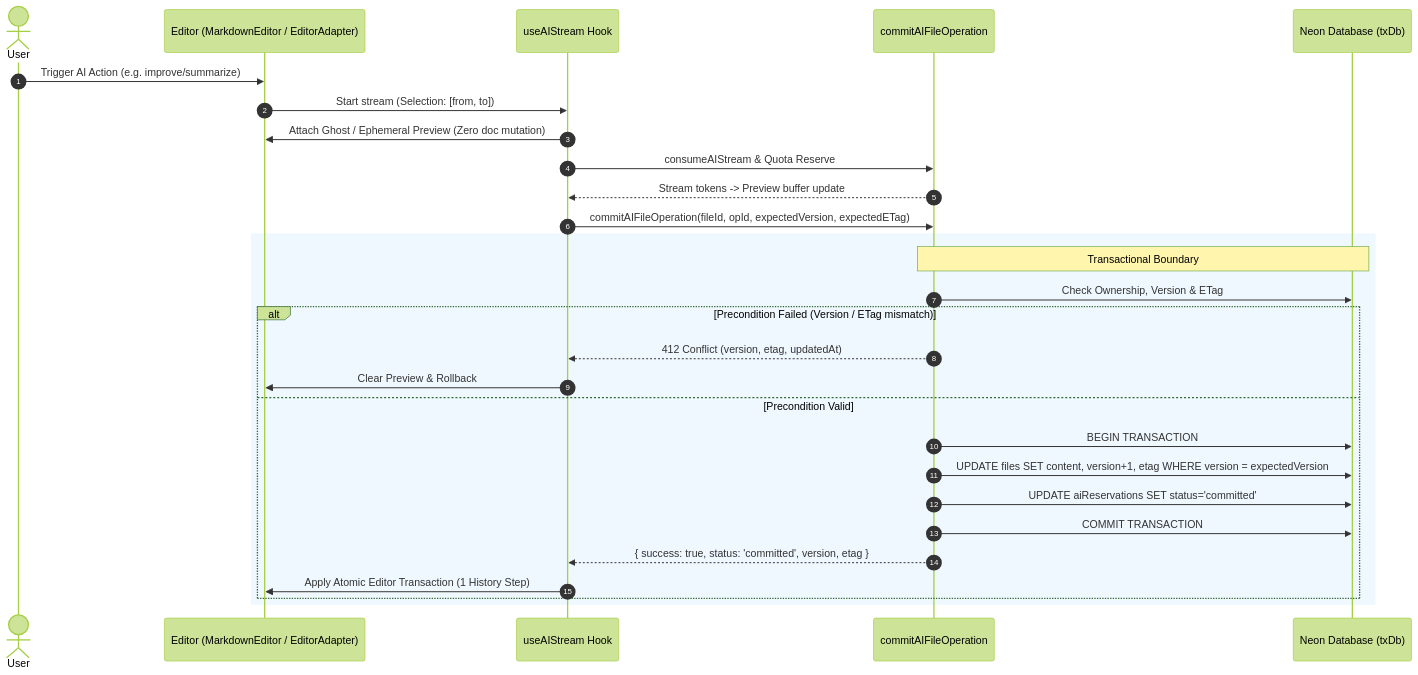
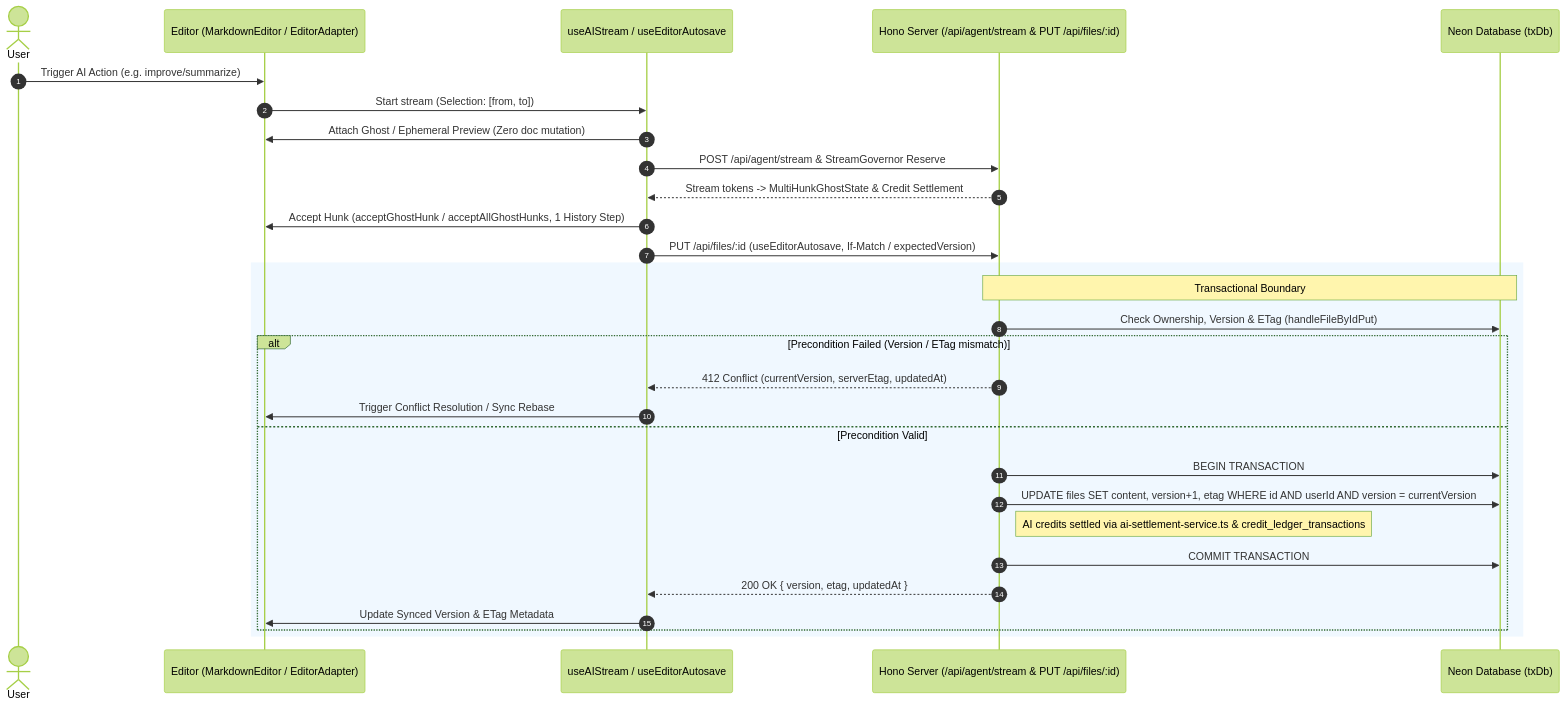
One commit to Abdullah931-stack/ELIXENT changed the diagram in docs/architecture/ai/ai-atomic-commit-architecture.md. Above: the diagram before and after it, drawn with Mermaid (forest theme). The commit also changed other lines of this file and 23 other files, not shown here.

Commit message:
docs(architecture): align living specs, subsystem docs, guides, and debt register to Vite 6 & Hono

````diff
--- a/docs/architecture/ai/ai-atomic-commit-architecture.md
+++ b/docs/architecture/ai/ai-atomic-commit-architecture.md
@@ -62,32 +62,33 @@
 ```mermaid
 sequenceDiagram
     autonumber
     actor User
     participant Editor as Editor (MarkdownEditor / EditorAdapter)
-    participant Hook as useAIStream Hook
-    participant Server as commitAIFileOperation
+    participant Hook as useAIStream / useEditorAutosave
+    participant Server as Hono Server (/api/agent/stream & PUT /api/files/:id)
     participant DB as Neon Database (txDb)
 
     User->>Editor: Trigger AI Action (e.g. improve/summarize)
     Editor->>Hook: Start stream (Selection: [from, to])
     Hook->>Editor: Attach Ghost / Ephemeral Preview (Zero doc mutation)
-    Hook->>Server: consumeAIStream & Quota Reserve
-    Server-->>Hook: Stream tokens -> Preview buffer update
-    Hook->>Server: commitAIFileOperation(fileId, opId, expectedVersion, expectedETag)
+    Hook->>Server: POST /api/agent/stream & StreamGovernor Reserve
+    Server-->>Hook: Stream tokens -> MultiHunkGhostState & Credit Settlement
+    Hook->>Editor: Accept Hunk (acceptGhostHunk / acceptAllGhostHunks, 1 History Step)
+    Hook->>Server: PUT /api/files/:id (useEditorAutosave, If-Match / expectedVersion)
     
     rect rgb(240, 248, 255)
         Note over Server,DB: Transactional Boundary
-        Server->>DB: Check Ownership, Version & ETag
+        Server->>DB: Check Ownership, Version & ETag (handleFileByIdPut)
         alt Precondition Failed (Version / ETag mismatch)
-            Server-->>Hook: 412 Conflict (version, etag, updatedAt)
-            Hook->>Editor: Clear Preview & Rollback
+            Server-->>Hook: 412 Conflict (currentVersion, serverEtag, updatedAt)
+            Hook->>Editor: Trigger Conflict Resolution / Sync Rebase
         else Precondition Valid
             Server->>DB: BEGIN TRANSACTION
-            Server->>DB: UPDATE files SET content, version+1, etag WHERE version = expectedVersion
-            Server->>DB: UPDATE aiReservations SET status='committed'
+            Server->>DB: UPDATE files SET content, version+1, etag WHERE id AND userId AND version = currentVersion
+            Note right of Server: AI credits settled via ai-settlement-service.ts & credit_ledger_transactions
             Server->>DB: COMMIT TRANSACTION
-            Server-->>Hook: { success: true, status: 'committed', version, etag }
-            Hook->>Editor: Apply Atomic Editor Transaction (1 History Step)
+            Server-->>Hook: 200 OK { version, etag, updatedAt }
+            Hook->>Editor: Update Synced Version & ETag Metadata
         end
     end
 ```
````
